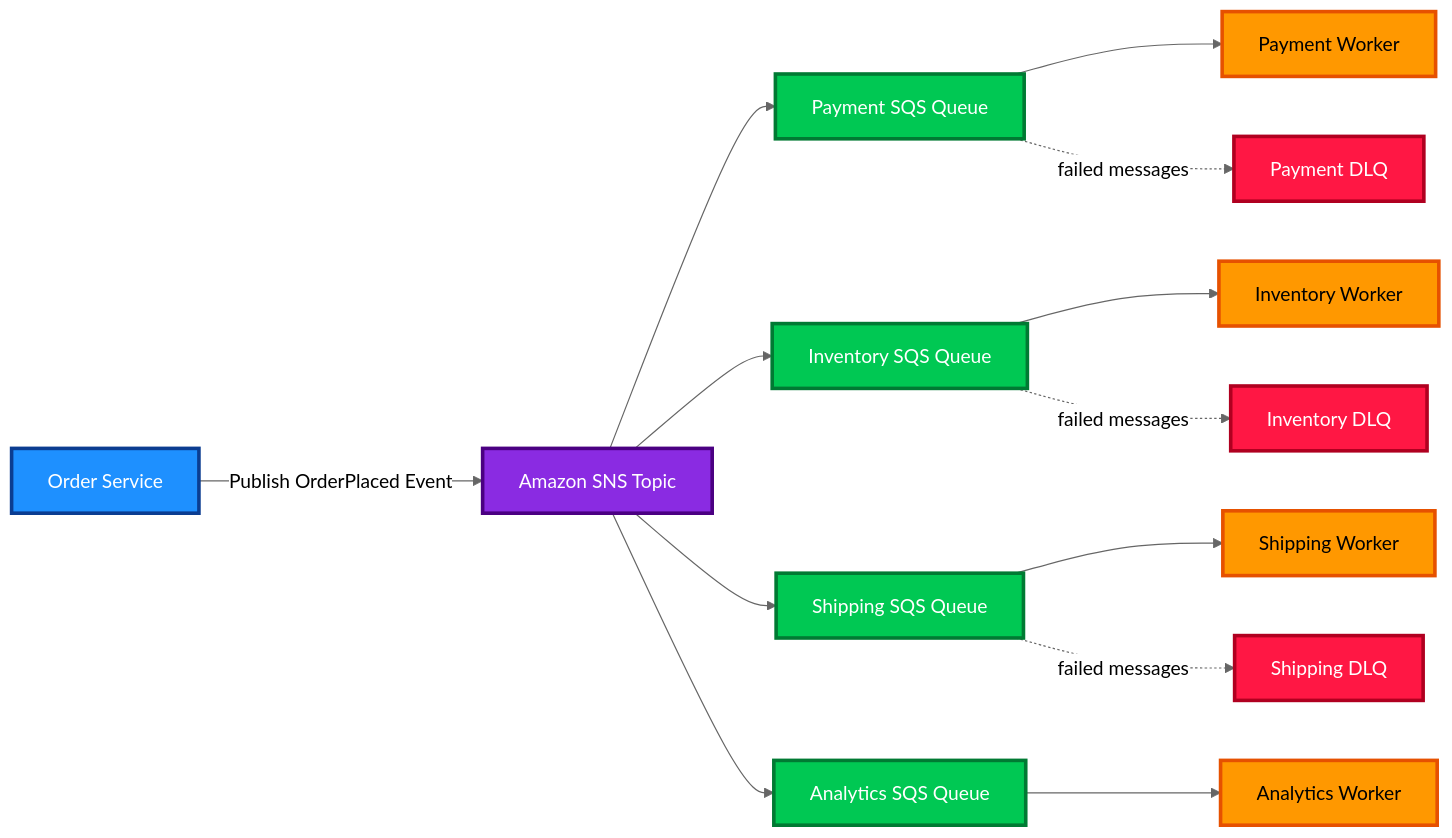
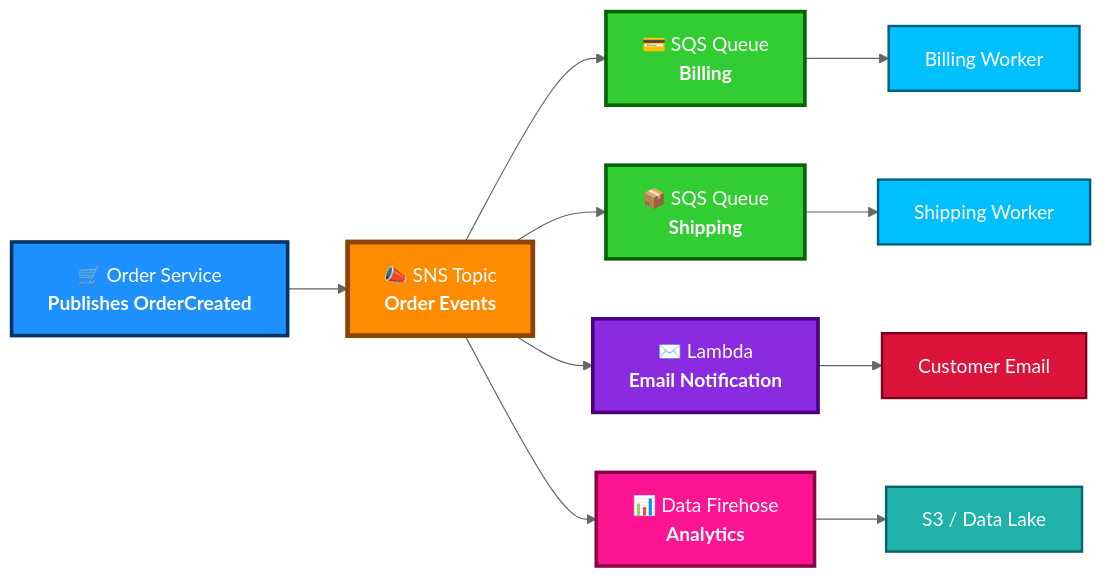
Before and after one commit to hsabit01/aws-study-guide: the diagram in notes/SNS.md, drawn with Mermaid (neutral theme). The commit also changed other lines of this file and 1 other file, not shown here.

````diff
--- a/notes/SNS.md
+++ b/notes/SNS.md
@@ -867,32 +546,25 @@
 ```mermaid
 flowchart LR
-    A[Order Service] -->|Publish OrderPlaced Event| B[Amazon SNS Topic]
+    A["🛒 Order Service<br><b>Publishes OrderCreated</b>"] --> B["📣 SNS Topic<br><b>Order Events</b>"]
 
-    B --> C[Payment SQS Queue]
-    B --> D[Inventory SQS Queue]
-    B --> E[Shipping SQS Queue]
-    B --> F[Analytics SQS Queue]
+    B --> C["💳 SQS Queue<br><b>Billing</b>"]
+    B --> D["📦 SQS Queue<br><b>Shipping</b>"]
+    B --> E["✉️ Lambda<br><b>Email Notification</b>"]
+    B --> F["📊 Data Firehose<br><b>Analytics</b>"]
 
-    C --> G[Payment Worker]
-    D --> H[Inventory Worker]
-    E --> I[Shipping Worker]
-    F --> J[Analytics Worker]
+    C --> G["Billing Worker"]
+    D --> H["Shipping Worker"]
+    E --> I["Customer Email"]
+    F --> J["S3 / Data Lake"]
 
-    C -.failed messages.-> K[Payment DLQ]
-    D -.failed messages.-> L[Inventory DLQ]
-    E -.failed messages.-> M[Shipping DLQ]
-
-    style A fill:#1E90FF,stroke:#0B3D91,color:#ffffff,stroke-width:3px
-    style B fill:#8A2BE2,stroke:#4B0082,color:#ffffff,stroke-width:3px
-    style C fill:#00C853,stroke:#007A33,color:#ffffff,stroke-width:3px
-    style D fill:#00C853,stroke:#007A33,color:#ffffff,stroke-width:3px
-    style E fill:#00C853,stroke:#007A33,color:#ffffff,stroke-width:3px
-    style F fill:#00C853,stroke:#007A33,color:#ffffff,stroke-width:3px
-    style G fill:#FF9800,stroke:#E65100,color:#000000,stroke-width:3px
-    style H fill:#FF9800,stroke:#E65100,color:#000000,stroke-width:3px
-    style I fill:#FF9800,stroke:#E65100,color:#000000,stroke-width:3px
-    style J fill:#FF9800,stroke:#E65100,color:#000000,stroke-width:3px
-    style K fill:#FF1744,stroke:#B00020,color:#ffffff,stroke-width:3px
-    style L fill:#FF1744,stroke:#B00020,color:#ffffff,stroke-width:3px
-    style M fill:#FF1744,stroke:#B00020,color:#ffffff,stroke-width:3px
+    style A fill:#1E90FF,stroke:#003366,stroke-width:3px,color:#ffffff
+    style B fill:#FF8C00,stroke:#8B4500,stroke-width:4px,color:#ffffff
+    style C fill:#32CD32,stroke:#006400,stroke-width:3px,color:#ffffff
+    style D fill:#32CD32,stroke:#006400,stroke-width:3px,color:#ffffff
+    style E fill:#8A2BE2,stroke:#4B0082,stroke-width:3px,color:#ffffff
+    style F fill:#FF1493,stroke:#8B004B,stroke-width:3px,color:#ffffff
+    style G fill:#00BFFF,stroke:#005F7F,stroke-width:2px,color:#ffffff
+    style H fill:#00BFFF,stroke:#005F7F,stroke-width:2px,color:#ffffff
+    style I fill:#DC143C,stroke:#7A0019,stroke-width:2px,color:#ffffff
+    style J fill:#20B2AA,stroke:#006666,stroke-width:2px,color:#ffffff
 ```
````
